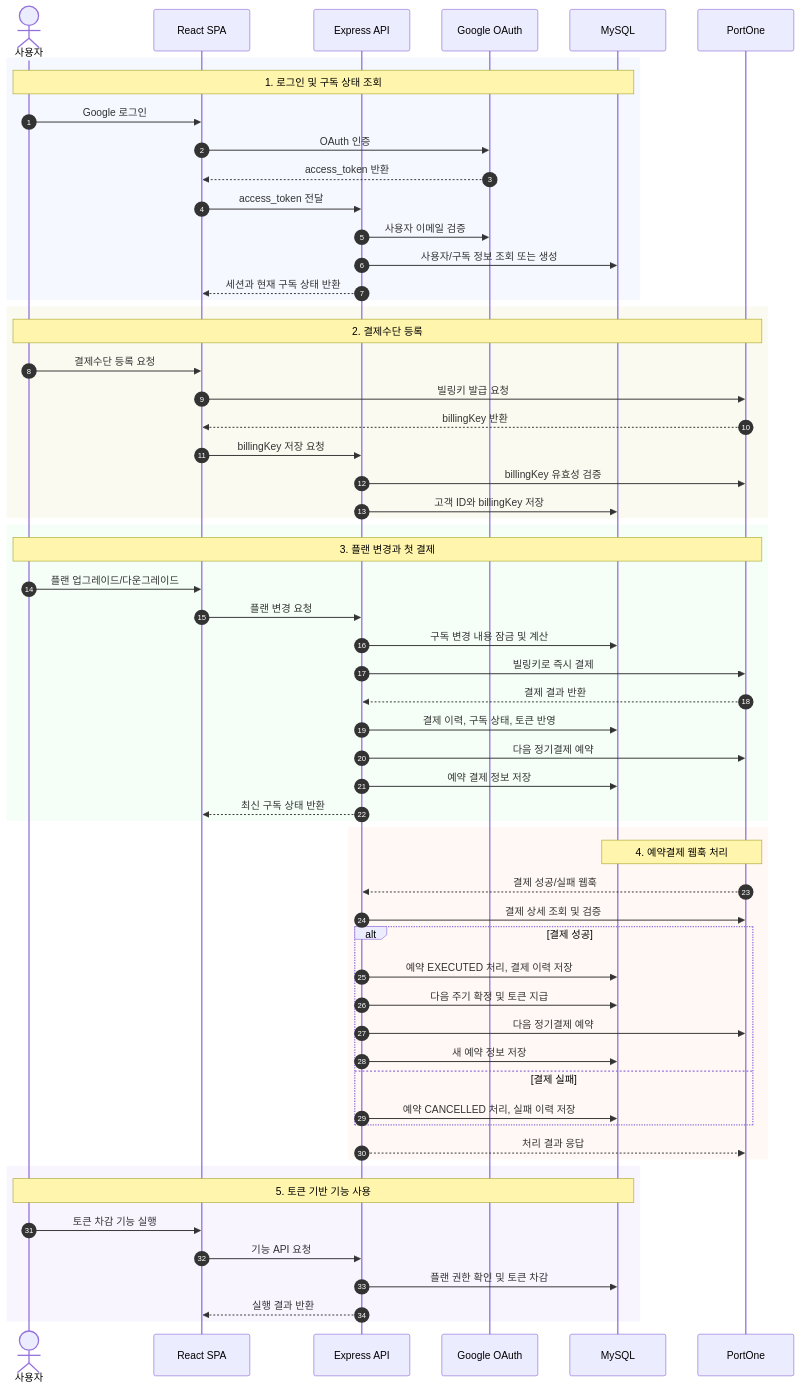
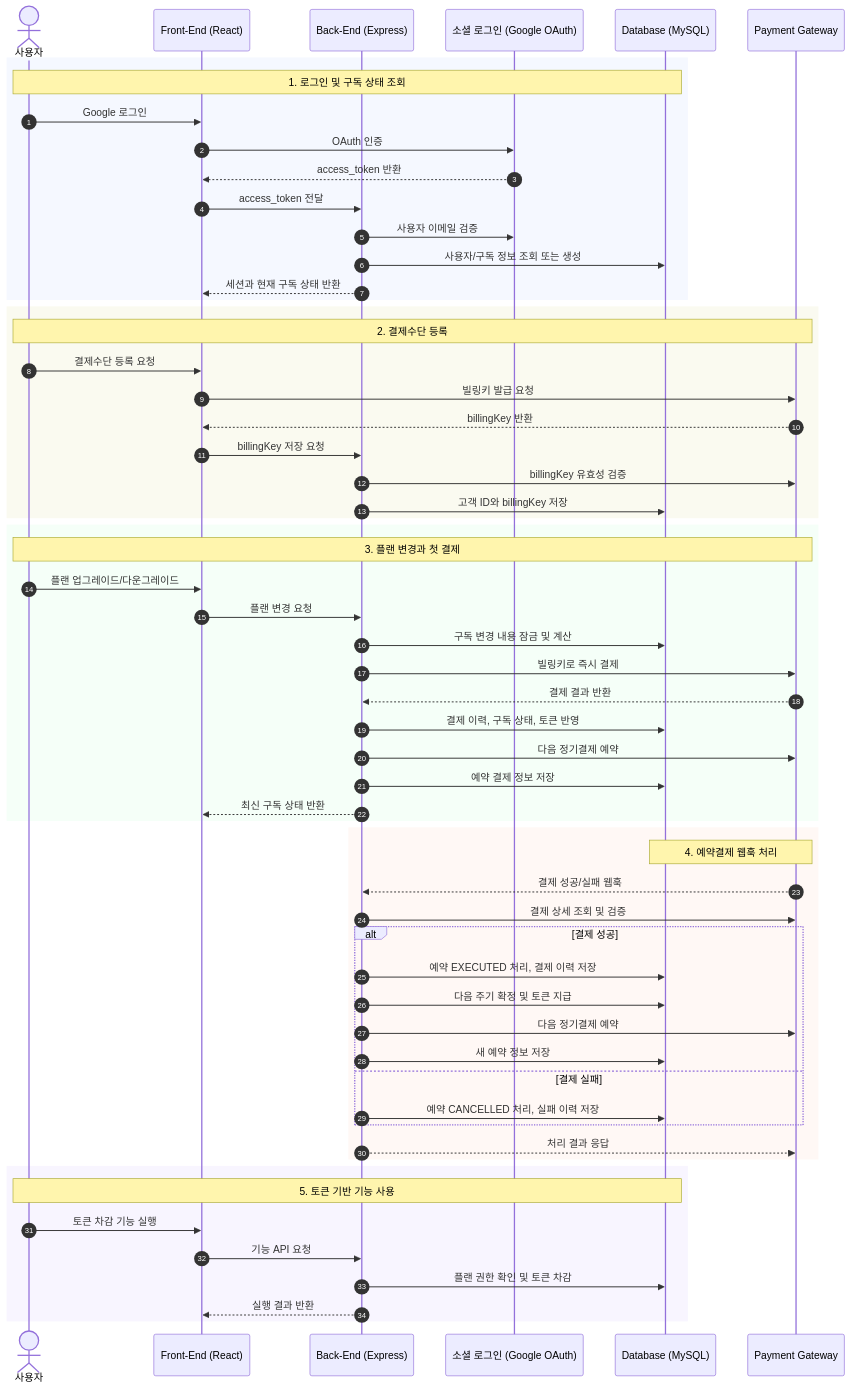
One commit to jun-seok816/subscription changed the first of 2 diagrams in README.md. Above: the diagram before and after it, drawn with Mermaid. The commit also changed other lines of this file, not shown here.

Commit message:
fix: Readme 피드백 반영

````diff
--- a/README.md
+++ b/README.md
@@ -10,67 +10,67 @@
 ```mermaid
 sequenceDiagram
     autonumber
     actor User as 사용자
-    participant FE as React SPA
-    participant API as Express API
-    participant Google as Google OAuth
-    participant DB as MySQL
-    participant PortOne as PortOne
+    participant FE as Front-End (React)
+    participant API as Back-End (Express)
+    participant Google as 소셜 로그인 (Google OAuth)
+    participant DB as Database (MySQL)
+    participant PortOne as Payment Gateway
 
     rect rgb(245, 248, 255)
         Note over User,DB: 1. 로그인 및 구독 상태 조회
         User->>FE: Google 로그인
         FE->>Google: OAuth 인증
         Google-->>FE: access_token 반환
         FE->>API: access_token 전달
         API->>Google: 사용자 이메일 검증
         API->>DB: 사용자/구독 정보 조회 또는 생성
         API-->>FE: 세션과 현재 구독 상태 반환
     end
 
     rect rgb(250, 250, 240)
         Note over User,PortOne: 2. 결제수단 등록
         User->>FE: 결제수단 등록 요청
         FE->>PortOne: 빌링키 발급 요청
         PortOne-->>FE: billingKey 반환
         FE->>API: billingKey 저장 요청
         API->>PortOne: billingKey 유효성 검증
         API->>DB: 고객 ID와 billingKey 저장
     end
 
     rect rgb(245, 255, 248)
         Note over User,PortOne: 3. 플랜 변경과 첫 결제
         User->>FE: 플랜 업그레이드/다운그레이드
         FE->>API: 플랜 변경 요청
         API->>DB: 구독 변경 내용 잠금 및 계산
         API->>PortOne: 빌링키로 즉시 결제
         PortOne-->>API: 결제 결과 반환
         API->>DB: 결제 이력, 구독 상태, 토큰 반영
         API->>PortOne: 다음 정기결제 예약
         API->>DB: 예약 결제 정보 저장
         API-->>FE: 최신 구독 상태 반환
     end
 
     rect rgb(255, 248, 245)
         Note over PortOne,DB: 4. 예약결제 웹훅 처리
         PortOne-->>API: 결제 성공/실패 웹훅
         API->>PortOne: 결제 상세 조회 및 검증
         alt 결제 성공
             API->>DB: 예약 EXECUTED 처리, 결제 이력 저장
             API->>DB: 다음 주기 확정 및 토큰 지급
             API->>PortOne: 다음 정기결제 예약
             API->>DB: 새 예약 정보 저장
         else 결제 실패
             API->>DB: 예약 CANCELLED 처리, 실패 이력 저장
         end
         API-->>PortOne: 처리 결과 응답
     end
 
     rect rgb(248, 245, 255)
         Note over User,DB: 5. 토큰 기반 기능 사용
         User->>FE: 토큰 차감 기능 실행
         FE->>API: 기능 API 요청
         API->>DB: 플랜 권한 확인 및 토큰 차감
         API-->>FE: 실행 결과 반환
     end
 ```
````
